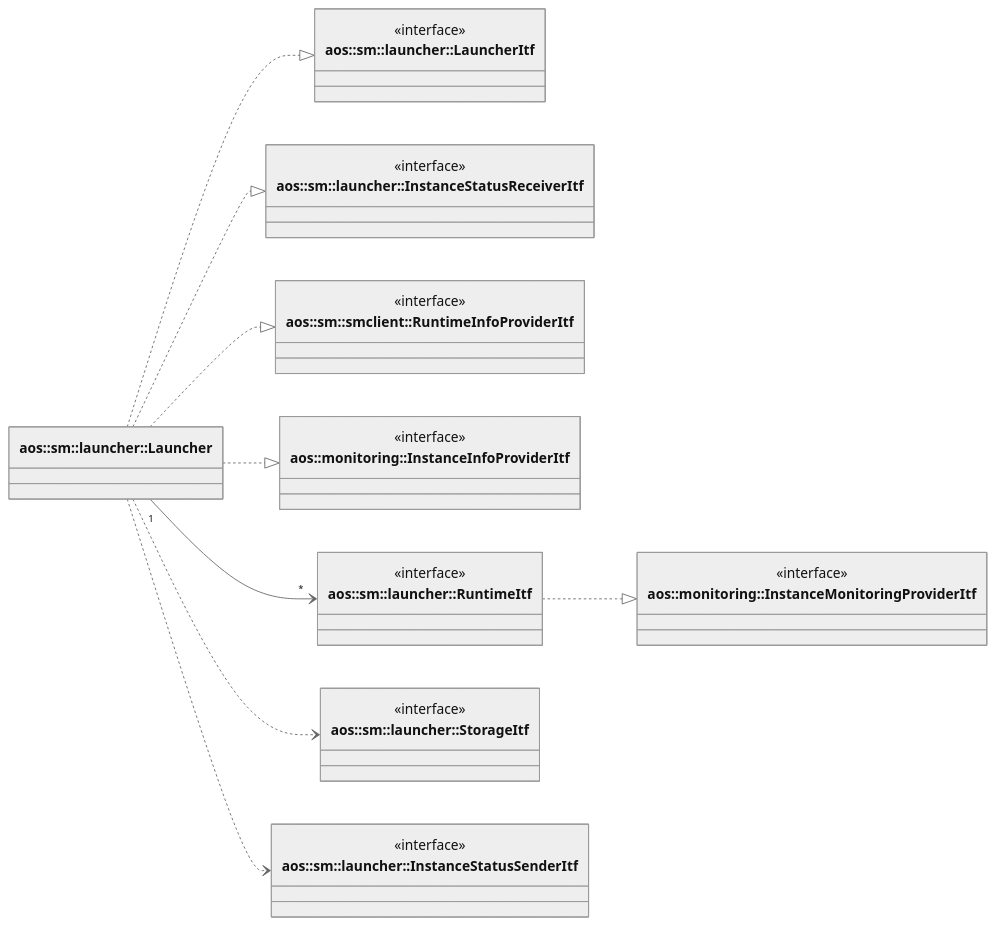
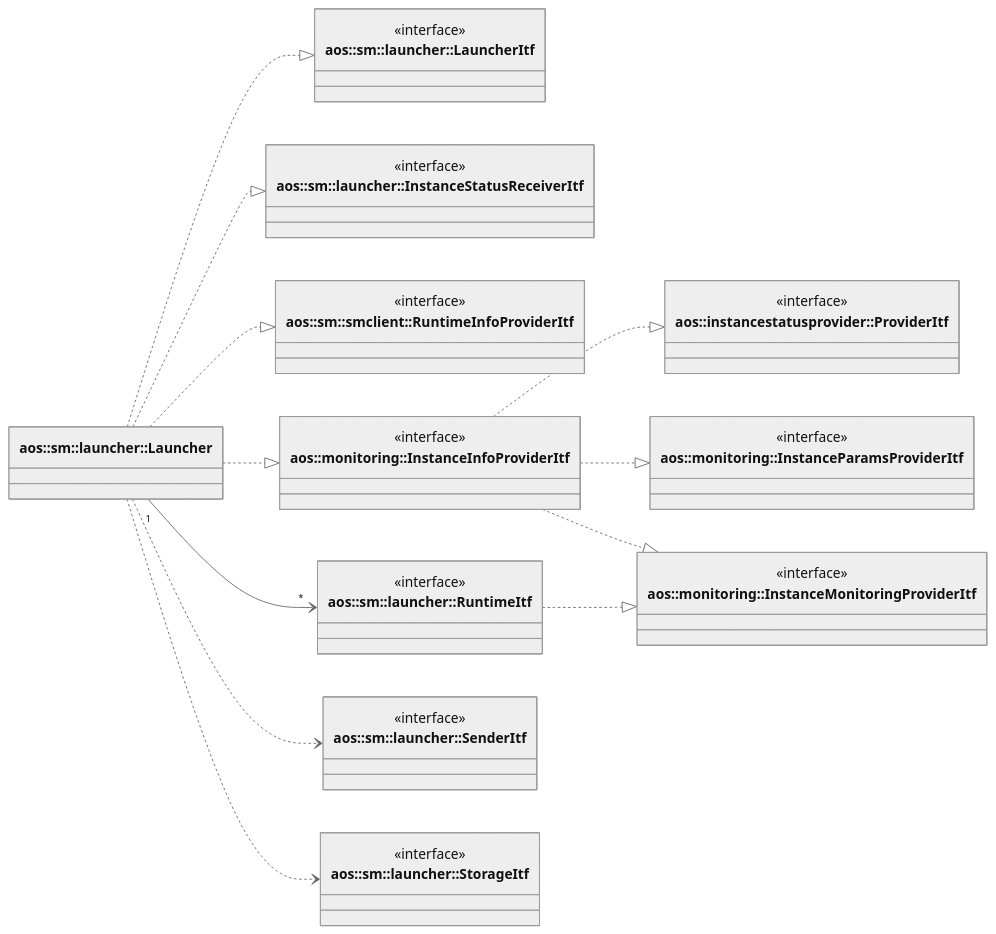
One commit to aosedge/aos_core_lib_cpp changed the first of 3 diagrams in src/core/sm/launcher/launcher.md. Above: the diagram before and after it, drawn with Mermaid (neutral theme). The commit also changed other lines of this file and 5 other files, not shown here.

Commit message:
launcher: rename InstanceStatusSenderItf to SenderItf

````diff
--- a/src/core/sm/launcher/launcher.md
+++ b/src/core/sm/launcher/launcher.md
@@ -27,51 +32,60 @@
 ```mermaid
 classDiagram
     direction LR
 
     class Launcher ["aos::sm::launcher::Launcher"] {
     }
 
     class LauncherItf ["aos::sm::launcher::LauncherItf"] {
         <<interface>>
     }
 
     class InstanceStatusReceiverItf ["aos::sm::launcher::InstanceStatusReceiverItf"] {
         <<interface>>
     }
 
     class RuntimeInfoProviderItf ["aos::sm::smclient::RuntimeInfoProviderItf"] {
         <<interface>>
     }
 
     class InstanceInfoProviderItf ["aos::monitoring::InstanceInfoProviderItf"] {
         <<interface>>
     }
 
+    class InstanceStatusProviderItf["aos::instancestatusprovider::ProviderItf"] {
+        <<interface>>
+    }
+
+    class InstanceParamsProviderItf["aos::monitoring::InstanceParamsProviderItf"] {
+        <<interface>>
+    }
+
+    class InstanceMonitoringProviderItf["aos::monitoring::InstanceMonitoringProviderItf"] {
+        <<interface>>
+    }
+
     class RuntimeItf ["aos::sm::launcher::RuntimeItf"] {
         <<interface>>
     }
 
-    class InstanceMonitoringProviderItf ["aos::monitoring::InstanceMonitoringProviderItf"] {
+    class SenderItf ["aos::sm::launcher::SenderItf"] {
         <<interface>>
     }
 
     class StorageItf ["aos::sm::launcher::StorageItf"] {
         <<interface>>
     }
 
-    class InstanceStatusSenderItf ["aos::sm::launcher::InstanceStatusSenderItf"] {
-        <<interface>>
-    }
-
     Launcher ..|> LauncherItf
     Launcher ..|> InstanceStatusReceiverItf
     Launcher ..|> RuntimeInfoProviderItf
     Launcher ..|> InstanceInfoProviderItf
+    InstanceInfoProviderItf ..|> InstanceStatusProviderItf
+    InstanceInfoProviderItf ..|> InstanceParamsProviderItf
+    InstanceInfoProviderItf ..|> InstanceMonitoringProviderItf
     RuntimeItf ..|> InstanceMonitoringProviderItf
 
     Launcher "1" --> "*" RuntimeItf
-
-
+    Launcher ..> SenderItf
     Launcher ..> StorageItf
-    Launcher ..> InstanceStatusSenderItf
 ```
````
